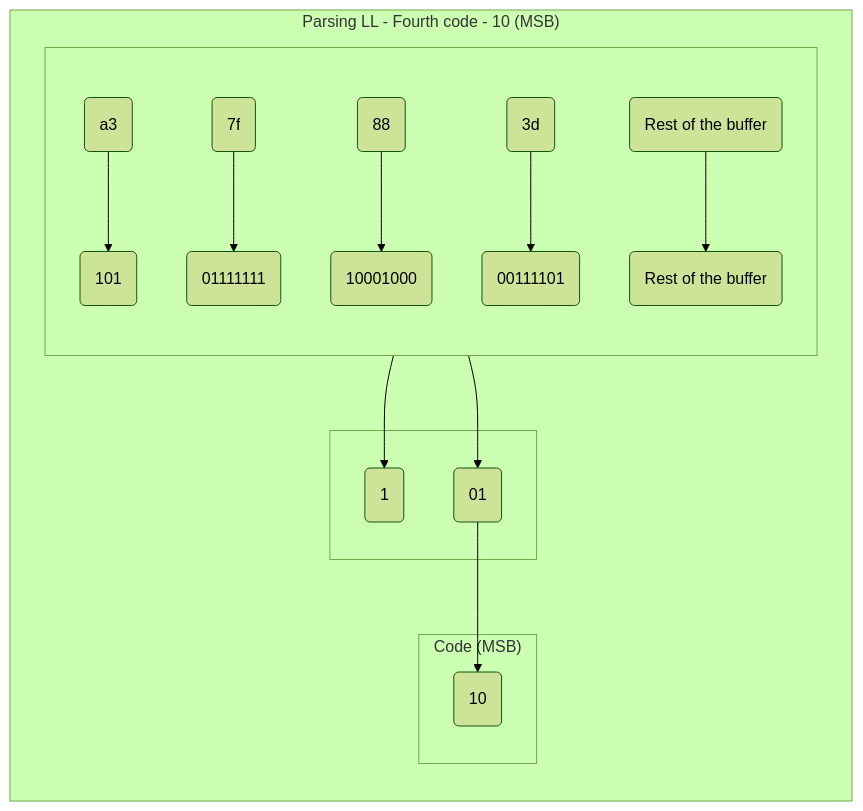
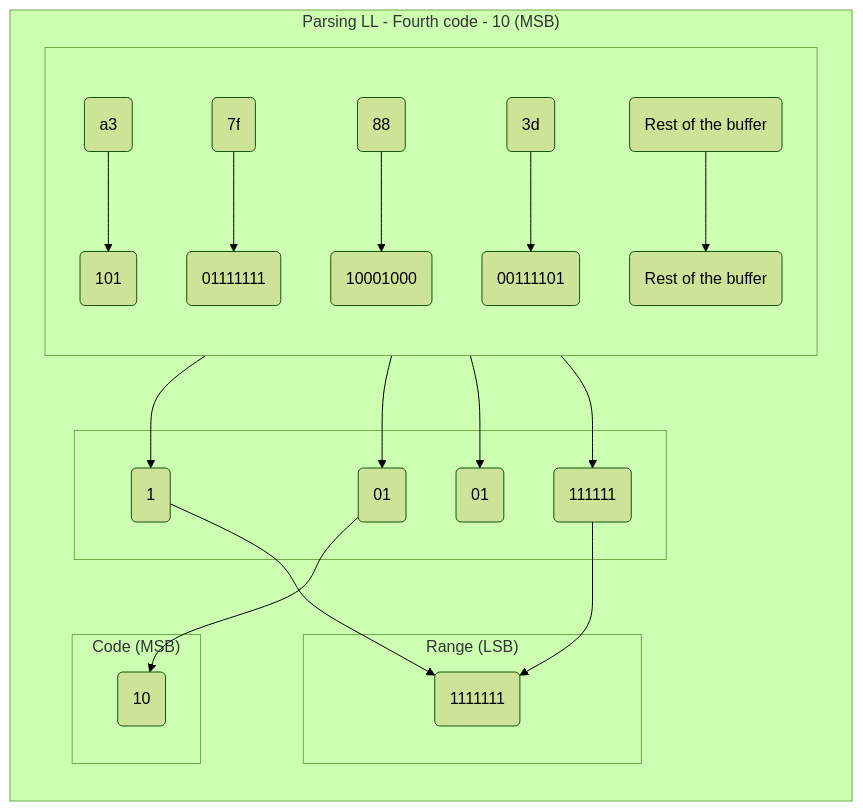
One commit to marsp0/marsp0.github.io changed diagram 17 of 21 in articles/deflate-stream-parser.md. Above: the diagram before and after it, drawn with Mermaid. The commit also changed other lines of this file, not shown here.

````diff
--- a/articles/deflate-stream-parser.md
+++ b/articles/deflate-stream-parser.md
@@ -1015,37 +994,50 @@
 ```mermaid
 %%{init: { 'theme':'forest' } }%%
 graph
     subgraph "Parsing LL - Fourth code - 10 (MSB)"
         direction TB
         subgraph " "
             direction TB
             K(a3)
             L(7f)
             M(88)
             N(3d)
             O("Rest of the buffer")
             KBF(101)
             LBF(01111111)
             MBF(10001000)
             NBF(00111101)
             OBF("Rest of the buffer")
         end
         subgraph " "
             KB(1)
             KBB(01)
+            LB(01)
+            LBB(111111)
         end
         subgraph "Code (MSB)"
             CA(10)
+        end
+        subgraph "Range (LSB)"
+            RA(1111111)
         end
 
         K --> KBF
         L --> LBF
         M --> MBF
         N --> NBF
         O --> OBF
 
         KBF --> KB
         KBF --> KBB
+        KB ~~~ CA
         KBB --> CA
+
+        LBF --> LB
+        LBF --> LBB
+        KB --> RA
+        KBB ~~~ RA
+        LB ~~~ RA
+        LBB --> RA
     end
 ```
````
